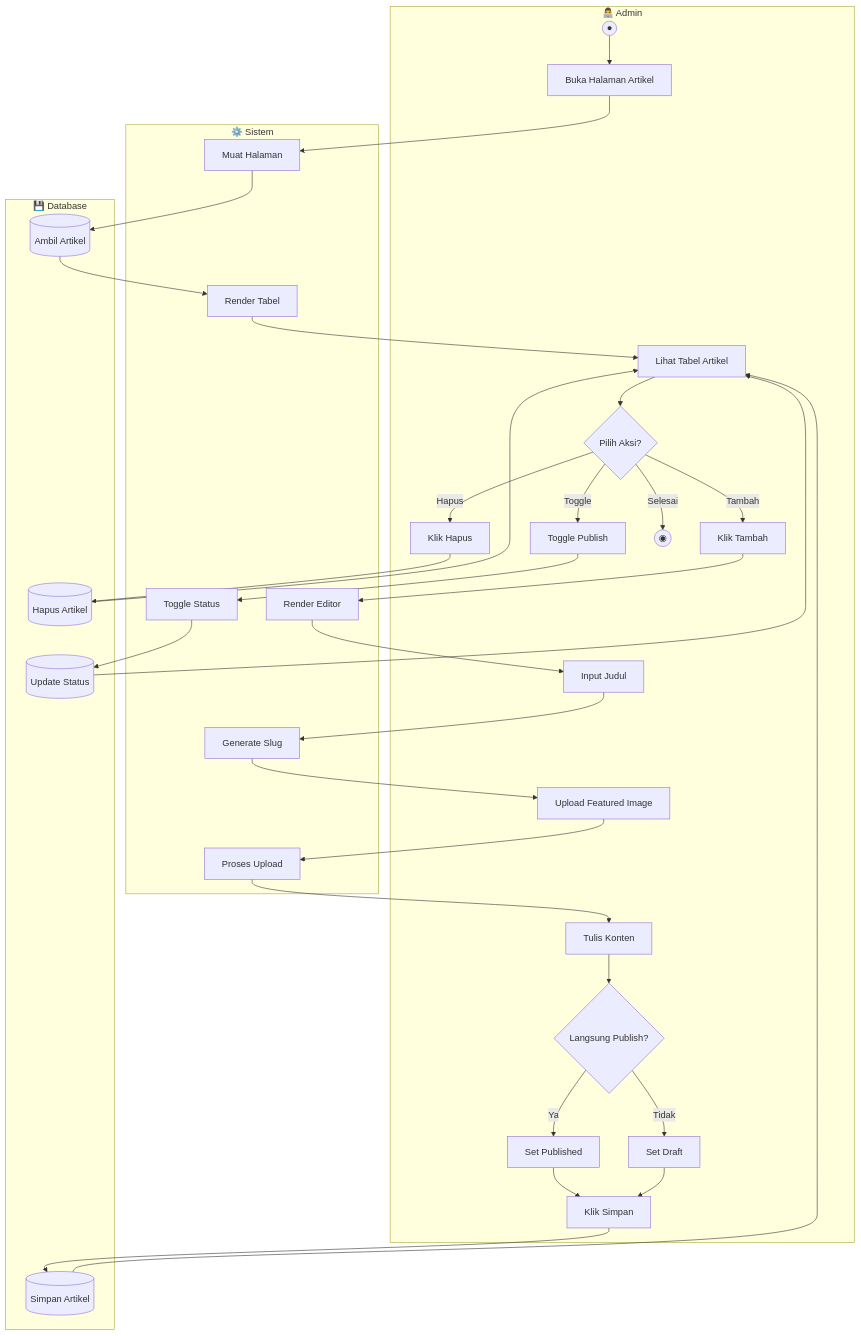
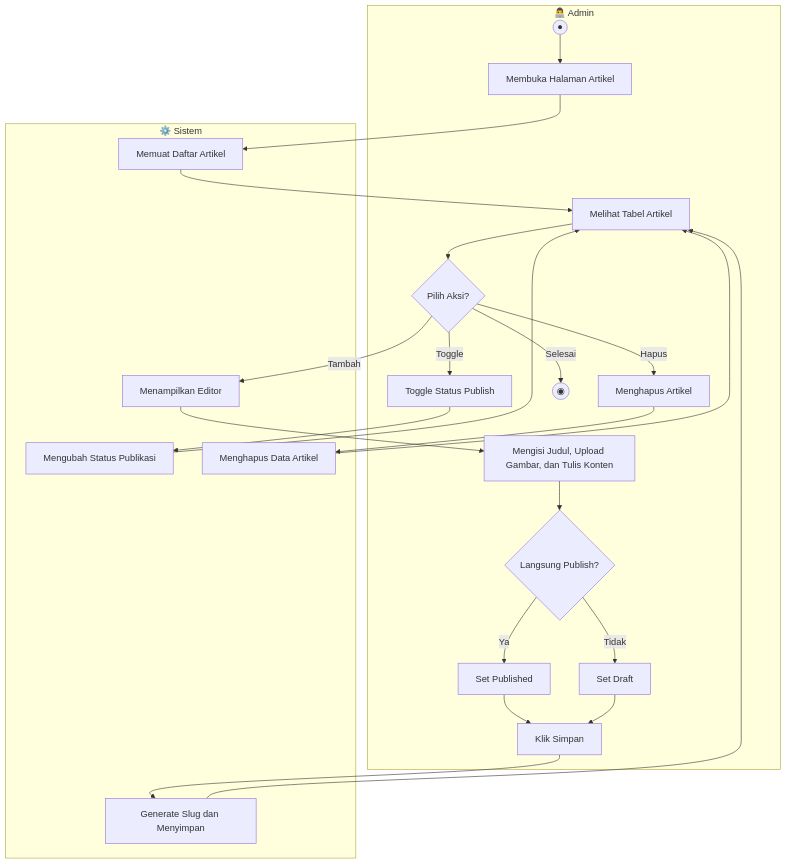
Before and after one commit to mustarisyahding07-spec/WEBSITE_SKRIPSI_MUSTARI: diagram 15 of 17 in docs/ACTIVITY_DIAGRAMS.md, drawn with Mermaid. The commit also changed other lines of this file, not shown here.

Commit message:
docs: simplify activity diagrams and add academic explanations

````diff
--- a/docs/ACTIVITY_DIAGRAMS.md
+++ b/docs/ACTIVITY_DIAGRAMS.md
@@ -921,65 +683,46 @@
 ```mermaid
 flowchart TD
     subgraph Admin["👨‍💻 Admin"]
         A1((●))
-        A2[Buka Halaman Artikel]
-        A3[Lihat Tabel Artikel]
+        A2[Membuka Halaman Artikel]
+        A3[Melihat Tabel Artikel]
         A4{Pilih Aksi?}
-        A5[Klik Tambah]
-        A6[Input Judul]
-        A7[Upload Featured Image]
-        A8[Tulis Konten]
-        A9{Langsung Publish?}
-        A10[Set Published]
-        A11[Set Draft]
-        A12[Klik Simpan]
-        A13[Toggle Publish]
-        A14[Klik Hapus]
-        A15((◉))
+        A5[Mengisi Judul, Upload Gambar, dan Tulis Konten]
+        A6{Langsung Publish?}
+        A7[Set Published]
+        A8[Set Draft]
+        A9[Klik Simpan]
+        A10[Toggle Status Publish]
+        A11[Menghapus Artikel]
+        A12((◉))
     end
-    
+
     subgraph Sistem["⚙️ Sistem"]
-        S1[Muat Halaman]
-        S2[Render Tabel]
-        S3[Render Editor]
-        S4[Generate Slug]
-        S5[Proses Upload]
-        S6[Toggle Status]
+        S1[Memuat Daftar Artikel]
+        S2[Menampilkan Editor]
+        S3[Generate Slug dan Menyimpan]
+        S4[Mengubah Status Publikasi]
+        S5[Menghapus Data Artikel]
     end
-    
-    subgraph Database["💾 Database"]
-        D1[(Ambil Artikel)]
-        D2[(Simpan Artikel)]
-        D3[(Update Status)]
-        D4[(Hapus Artikel)]
-    end
-    
+
     A1 --> A2
     A2 --> S1
-    S1 --> D1
-    D1 --> S2
-    S2 --> A3
+    S1 --> A3
     A3 --> A4
-    A4 -->|Tambah| A5
-    A5 --> S3
-    S3 --> A6
-    A6 --> S4
-    S4 --> A7
-    A7 --> S5
-    S5 --> A8
+    A4 -->|Tambah| S2
+    S2 --> A5
+    A5 --> A6
+    A6 -->|Ya| A7
+    A6 -->|Tidak| A8
+    A7 --> A9
     A8 --> A9
-    A9 -->|Ya| A10
-    A9 -->|Tidak| A11
-    A10 --> A12
-    A11 --> A12
-    A12 --> D2
-    D2 --> A3
-    A4 -->|Toggle| A13
-    A13 --> S6
-    S6 --> D3
-    D3 --> A3
-    A4 -->|Hapus| A14
-    A14 --> D4
-    D4 --> A3
-    A4 -->|Selesai| A15
+    A9 --> S3
+    S3 --> A3
+    A4 -->|Toggle| A10
+    A10 --> S4
+    S4 --> A3
+    A4 -->|Hapus| A11
+    A11 --> S5
+    S5 --> A3
+    A4 -->|Selesai| A12
 ```
````
